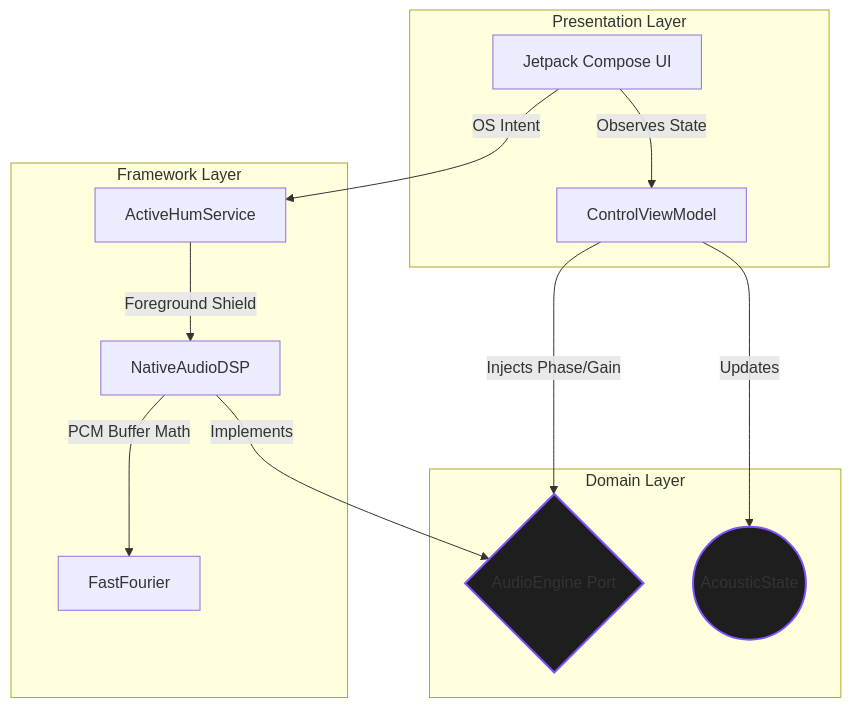
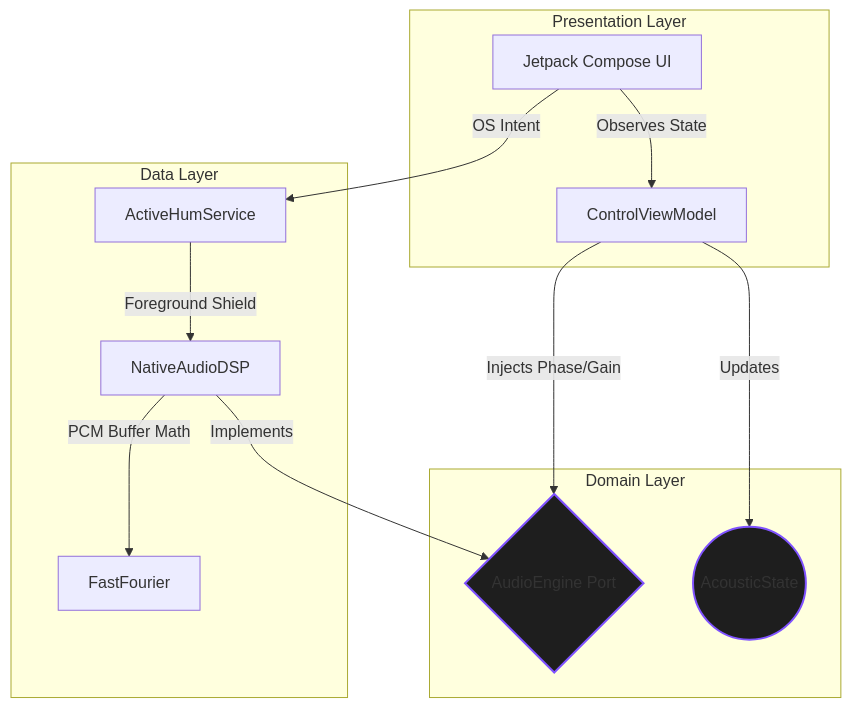
Before and after one commit to AhmadHassan-BTed/AhSilence: the first of 2 diagrams in README.md, drawn with Mermaid. The commit also changed other lines of this file and 38 other files, not shown here.

Commit message:
feat: initialize AhSilence project structure with base architecture, DSP engine, and CI configuration

````diff
--- a/README.md
+++ b/README.md
@@ -29,30 +39,29 @@
 ```mermaid
 graph TD
     subgraph Presentation Layer
         UI[Jetpack Compose UI]
         VM[ControlViewModel]
     end
 
     subgraph Domain Layer
         STATE((AcousticState))
         PORT{AudioEngine Port}
     end
 
-    subgraph Framework Layer
+    subgraph Data Layer
         SERVICE[ActiveHumService]
         DSP[NativeAudioDSP]
         FFT[FastFourier]
     end
 
     UI -->|Observes State| VM
     UI -->|OS Intent| SERVICE
     VM -->|Updates| STATE
     VM -->|Injects Phase/Gain| PORT
     SERVICE -->|Foreground Shield| DSP
     DSP -->|Implements| PORT
     DSP -->|PCM Buffer Math| FFT
 
     classDef domain fill:#1E1E1E,stroke:#7F52FF,stroke-width:2px;
     class STATE,PORT domain;
-
 ```
````
